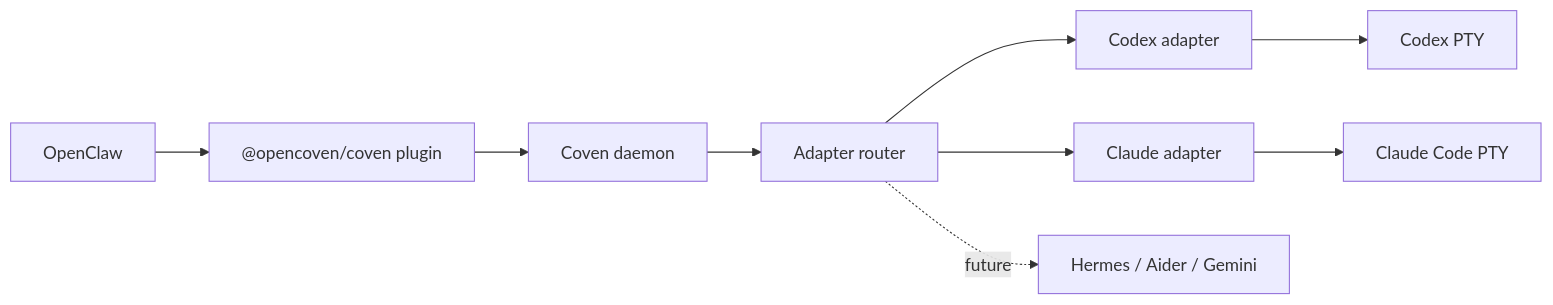
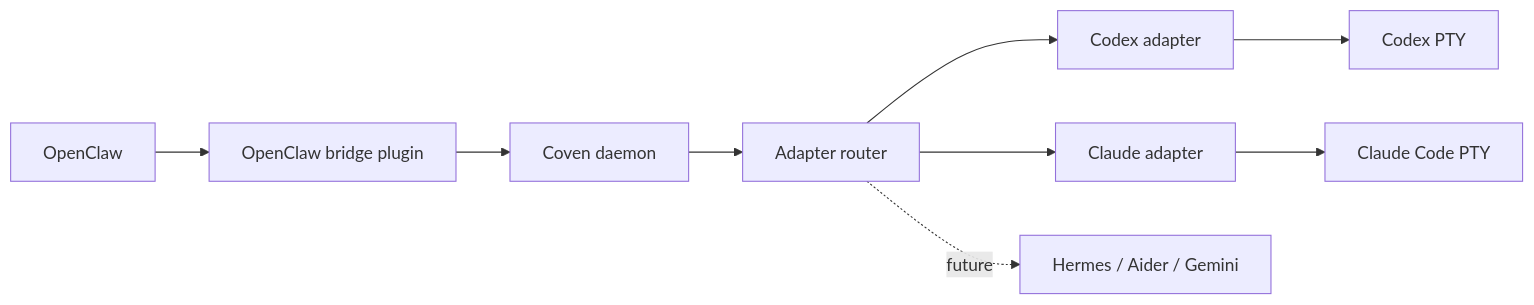
One commit to OpenCoven/coven changed the diagram in docs/harnesses/index.md. Above: the diagram before and after it, drawn with Mermaid. The commit also changed other lines of this file and 48 other files, not shown here.

````diff
--- a/docs/harnesses/index.md
+++ b/docs/harnesses/index.md
@@ -30,11 +30,11 @@
 ```mermaid
 flowchart LR
   Coven[Coven daemon] --> Adapter[Adapter router]
   Adapter --> CodexAdapter[Codex adapter]
   Adapter --> ClaudeAdapter[Claude adapter]
   Adapter -. future .-> Future[Hermes / Aider / Gemini]
-  OpenClaw[OpenClaw] --> Bridge["@opencoven/coven plugin"]
+  OpenClaw[OpenClaw] --> Bridge["OpenClaw bridge plugin"]
   Bridge --> Coven
   CodexAdapter --> CodexPty[Codex PTY]
   ClaudeAdapter --> ClaudePty[Claude Code PTY]
 ```
````
